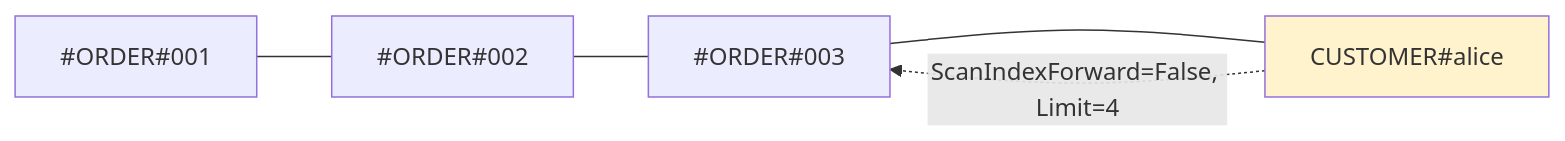
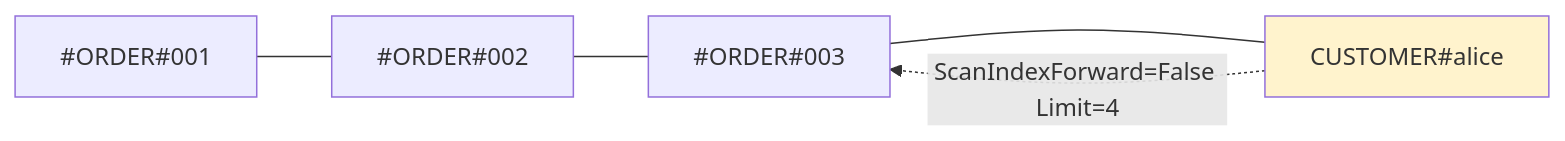
One commit to a-pavithraa/aws-serverless-skill changed the first of 2 diagrams in skills/aws-dynamodb/references/dynamodb-patterns.md. Above: the diagram before and after it, drawn with Mermaid. The commit also changed other lines of this file, not shown here.

First line of the commit message:
Fix Mermaid diagram syntax for GitHub rendering

````diff
--- a/skills/aws-dynamodb/references/dynamodb-patterns.md
+++ b/skills/aws-dynamodb/references/dynamodb-patterns.md
@@ -273,7 +273,7 @@
 ```mermaid
 flowchart LR
     c1["#ORDER#001"] --- c2["#ORDER#002"] --- c3["#ORDER#003"] --- p["CUSTOMER#alice"]
-    p -. "ScanIndexForward=False, Limit=4" .-> c3
+    p -.->|"ScanIndexForward=False Limit=4"| c3
 
     style p fill:#fff3cd
 ```
````
